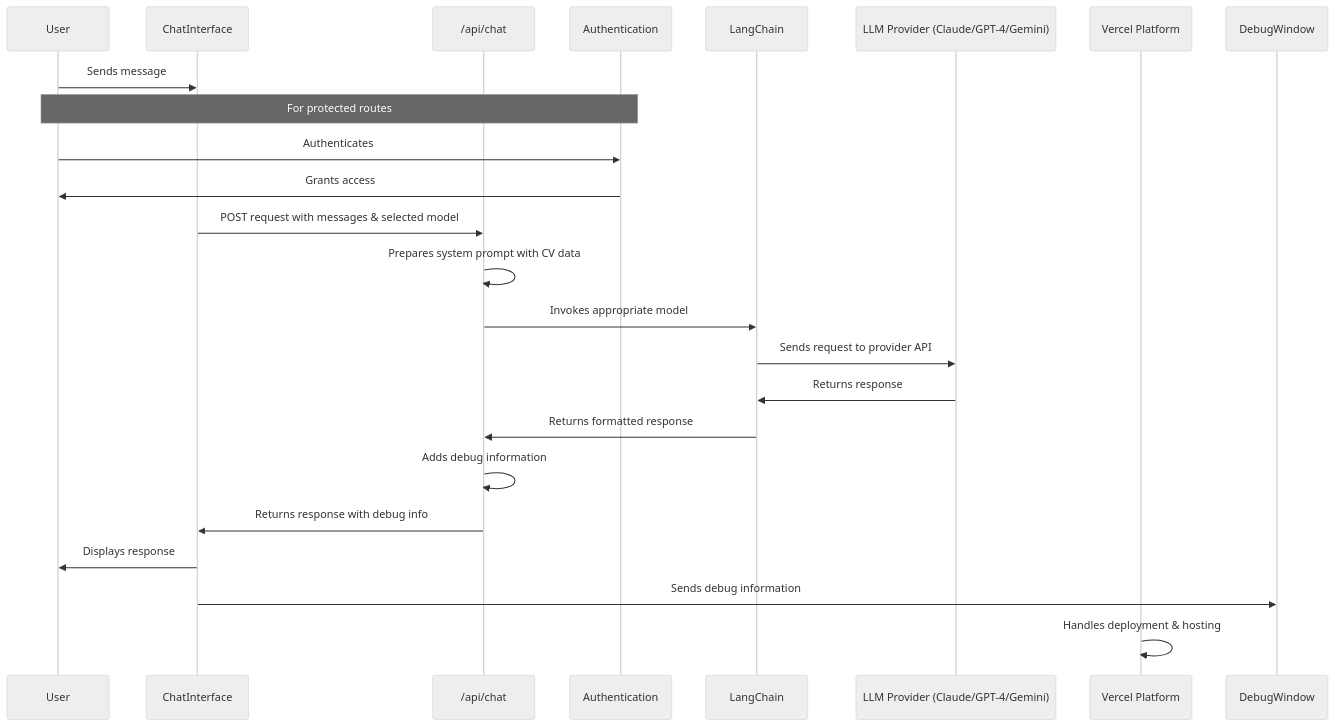
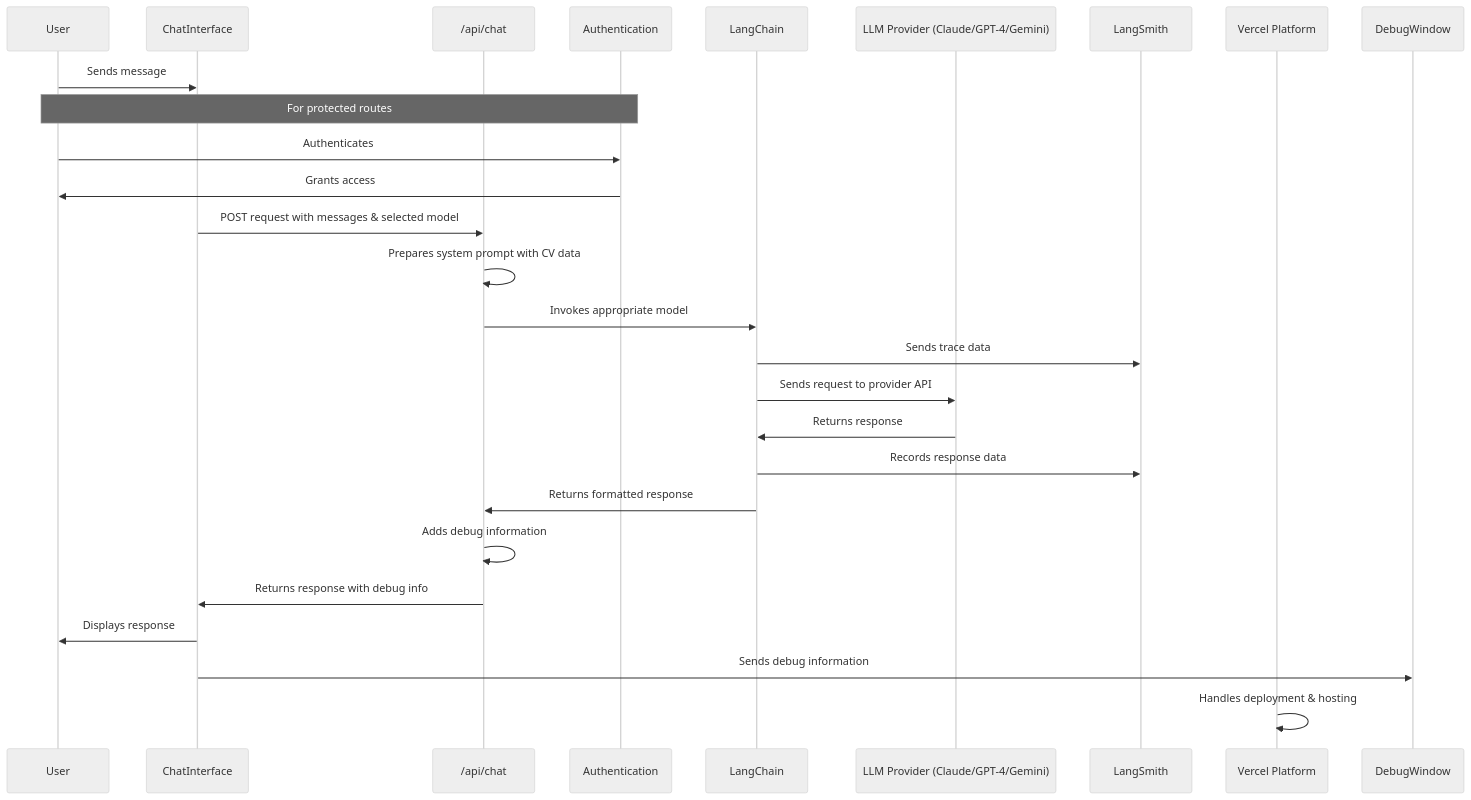
The second of 2 diagrams in README.md (dawsonpaul/cv-website), drawn with Mermaid (neutral theme) before and after one commit. The commit also changed other lines of this file and 2 other files, not shown here.

Commit message:
Add LangChain tracing and LangSmith integration with documentation and screenshot

````diff
--- a/README.md
+++ b/README.md
@@ -78,26 +82,29 @@
 ```mermaid
 sequenceDiagram
     participant User
     participant ChatInterface
     participant APIRoute as /api/chat
     participant Auth as Authentication
     participant LangChain
     participant LLMProvider as LLM Provider (Claude/GPT-4/Gemini)
+    participant LangSmith
     participant Vercel as Vercel Platform
 
     User->>ChatInterface: Sends message
     Note over User,Auth: For protected routes
     User->>Auth: Authenticates
     Auth->>User: Grants access
     ChatInterface->>APIRoute: POST request with messages & selected model
     APIRoute->>APIRoute: Prepares system prompt with CV data
     APIRoute->>LangChain: Invokes appropriate model
+    LangChain->>LangSmith: Sends trace data
     LangChain->>LLMProvider: Sends request to provider API
     LLMProvider->>LangChain: Returns response
+    LangChain->>LangSmith: Records response data
     LangChain->>APIRoute: Returns formatted response
     APIRoute->>APIRoute: Adds debug information
     APIRoute->>ChatInterface: Returns response with debug info
     ChatInterface->>User: Displays response
     ChatInterface->>DebugWindow: Sends debug information
     Vercel->>Vercel: Handles deployment & hosting
 ```
````
